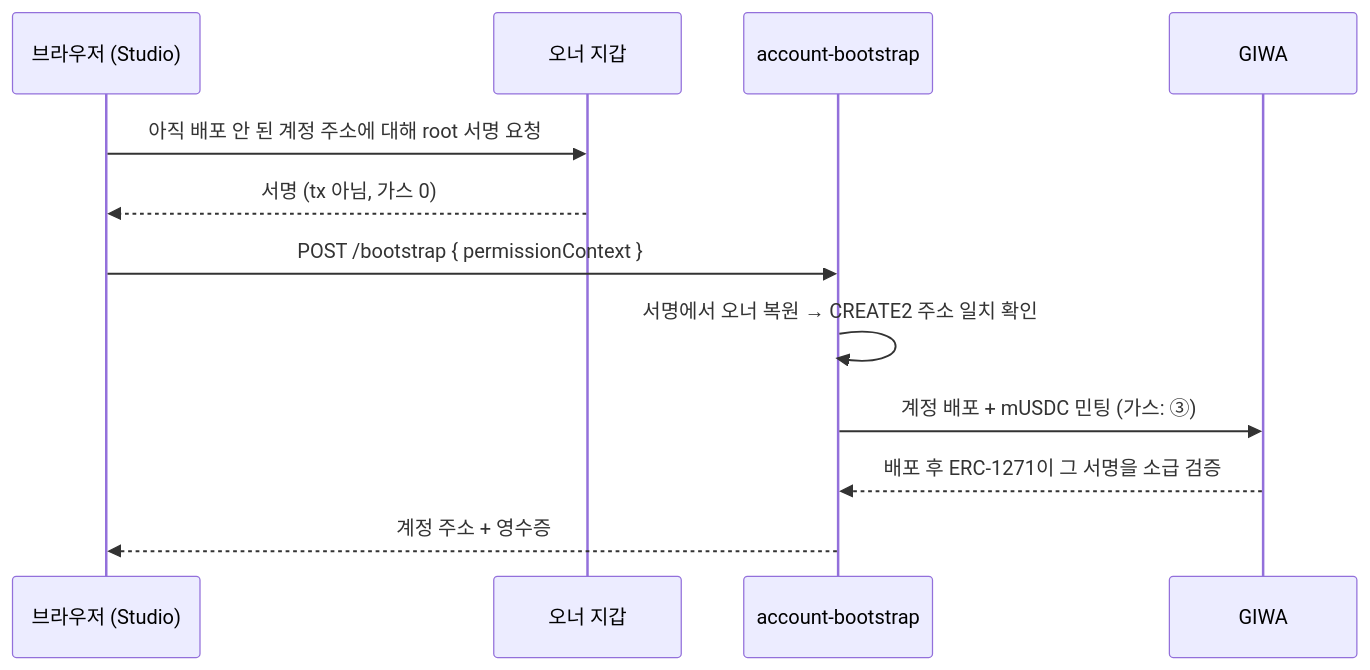
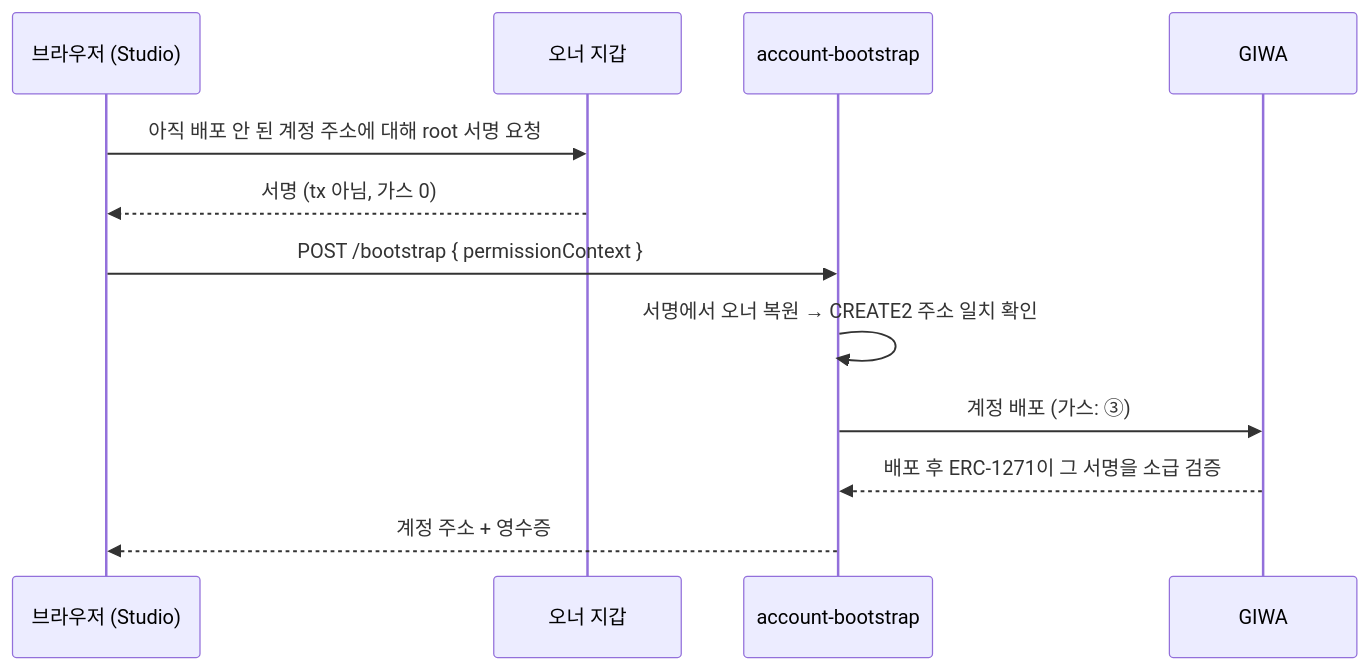
One commit to kooroot/Mapae changed the fourth of 5 diagrams in docs/infra-map.md. Above: the diagram before and after it, drawn with Mermaid. The commit also changed other lines of this file and 3 other files, not shown here.

````diff
--- a/docs/infra-map.md
+++ b/docs/infra-map.md
@@ -211,15 +218,15 @@
 ```mermaid
 sequenceDiagram
     participant B as 브라우저 (Studio)
     participant O as 오너 지갑
     participant BS as account-bootstrap
     participant C as GIWA
 
     B->>O: 아직 배포 안 된 계정 주소에 대해 root 서명 요청
     O-->>B: 서명 (tx 아님, 가스 0)
     B->>BS: POST /bootstrap { permissionContext }
     BS->>BS: 서명에서 오너 복원 → CREATE2 주소 일치 확인
-    BS->>C: 계정 배포 + mUSDC 민팅 (가스: ③)
+    BS->>C: 계정 배포 (가스: ③)
     C-->>BS: 배포 후 ERC-1271이 그 서명을 소급 검증
     BS-->>B: 계정 주소 + 영수증
 ```
````
